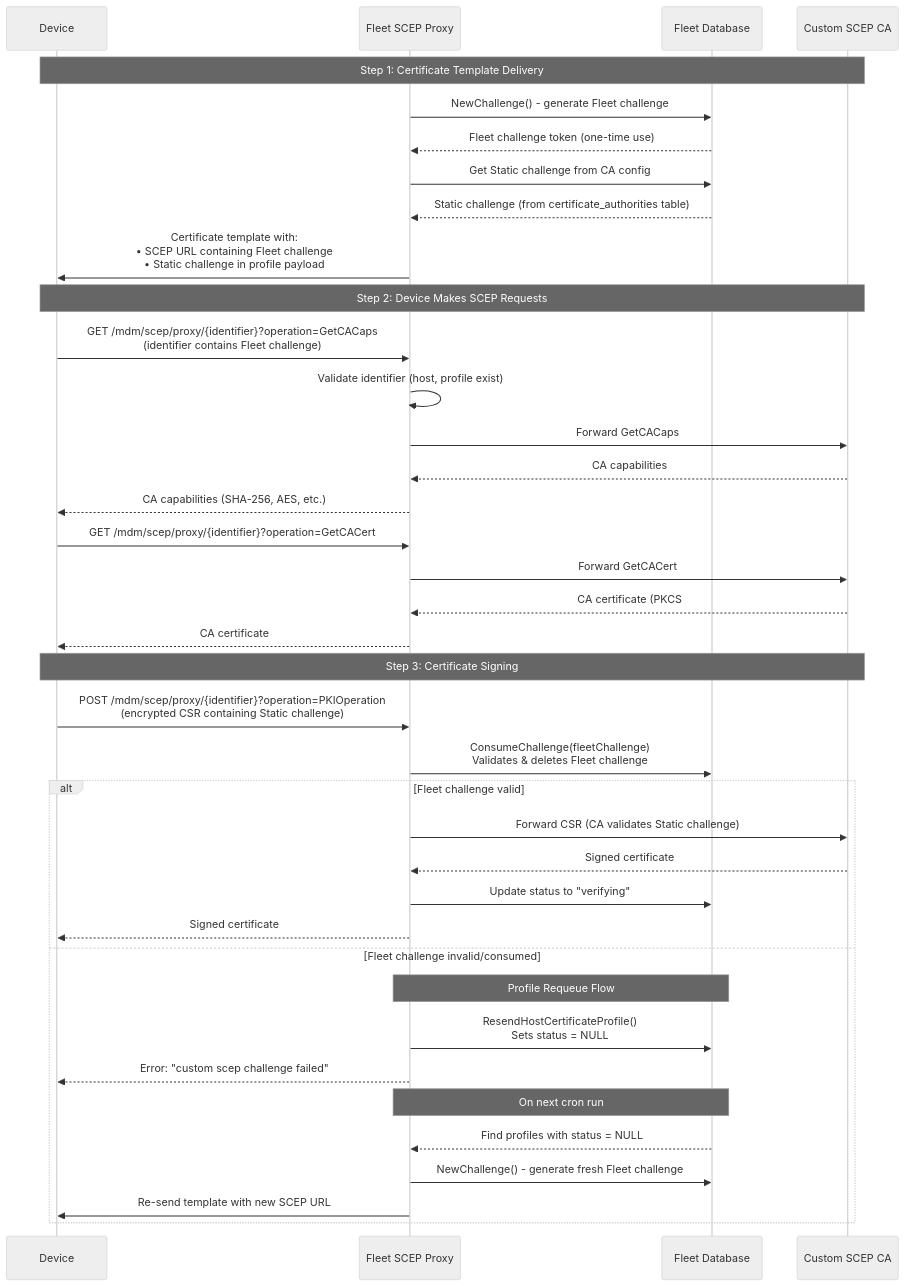
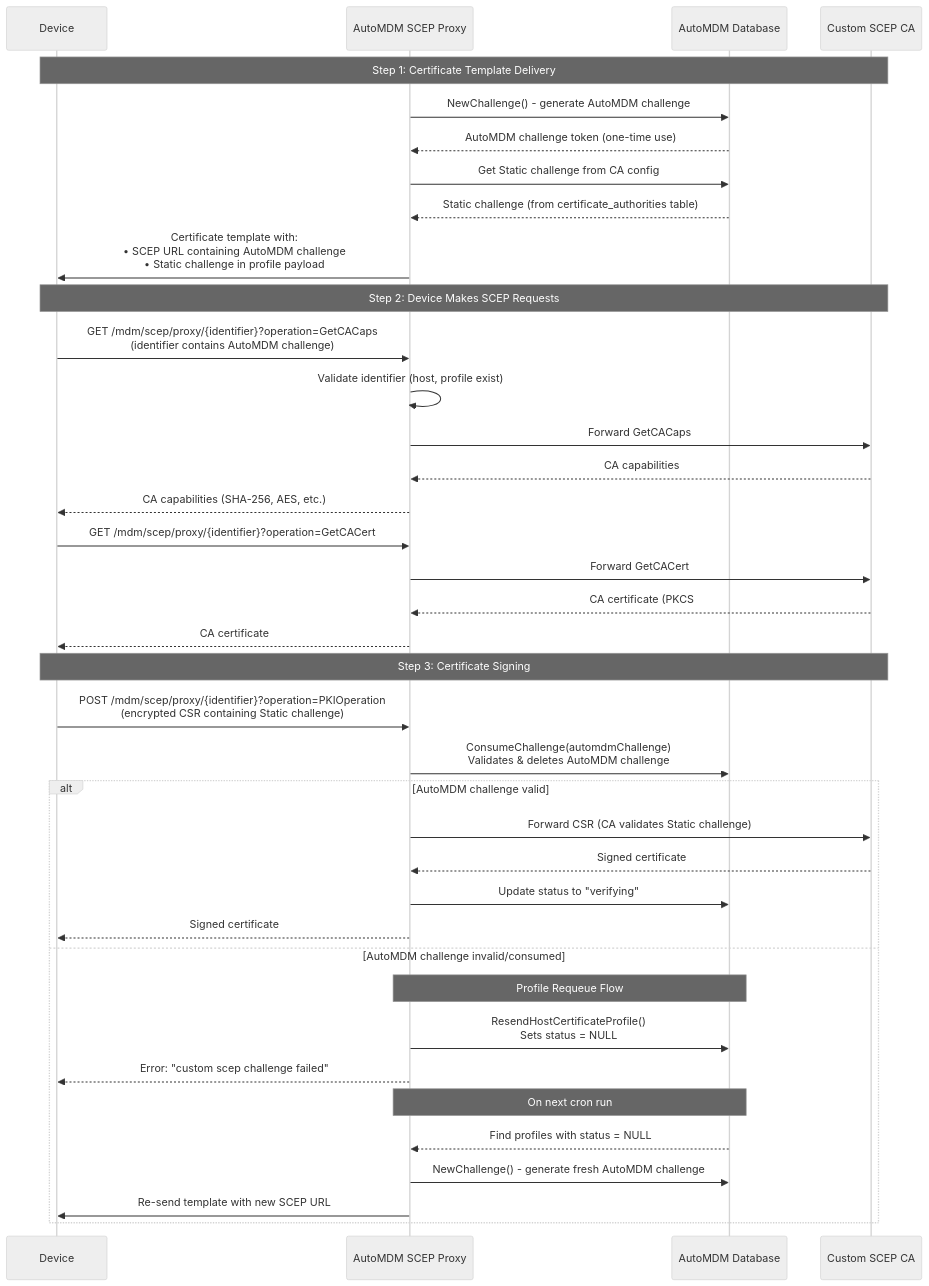
One commit to anilyagiz/AutoMDM changed the diagram in server/mdm/scep/SCEP.md. Above: the diagram before and after it, drawn with Mermaid (neutral theme). The commit also changed other lines of this file and 7979 other files, not shown here.

First line of the commit message:
Rebrand Fleet as AutoMDM (mechanical pass)

````diff
--- a/server/mdm/scep/SCEP.md
+++ b/server/mdm/scep/SCEP.md
@@ -41,44 +41,44 @@
 ```mermaid
 sequenceDiagram
     participant Device
-    participant Fleet as Fleet SCEP Proxy
-    participant DB as Fleet Database
+    participant AutoMDM as AutoMDM SCEP Proxy
+    participant DB as AutoMDM Database
     participant CA as Custom SCEP CA
 
     Note over Device,CA: Step 1: Certificate Template Delivery
-    Fleet->>DB: NewChallenge() - generate Fleet challenge
-    DB-->>Fleet: Fleet challenge token (one-time use)
-    Fleet->>DB: Get Static challenge from CA config
-    DB-->>Fleet: Static challenge (from certificate_authorities table)
-    Fleet->>Device: Certificate template with:<br/>• SCEP URL containing Fleet challenge<br/>• Static challenge in profile payload
+    AutoMDM->>DB: NewChallenge() - generate AutoMDM challenge
+    DB-->>AutoMDM: AutoMDM challenge token (one-time use)
+    AutoMDM->>DB: Get Static challenge from CA config
+    DB-->>AutoMDM: Static challenge (from certificate_authorities table)
+    AutoMDM->>Device: Certificate template with:<br/>• SCEP URL containing AutoMDM challenge<br/>• Static challenge in profile payload
 
     Note over Device,CA: Step 2: Device Makes SCEP Requests
-    Device->>Fleet: GET /mdm/scep/proxy/{identifier}?operation=GetCACaps<br/>(identifier contains Fleet challenge)
-    Fleet->>Fleet: Validate identifier (host, profile exist)
-    Fleet->>CA: Forward GetCACaps
-    CA-->>Fleet: CA capabilities
-    Fleet-->>Device: CA capabilities (SHA-256, AES, etc.)
+    Device->>AutoMDM: GET /mdm/scep/proxy/{identifier}?operation=GetCACaps<br/>(identifier contains AutoMDM challenge)
+    AutoMDM->>AutoMDM: Validate identifier (host, profile exist)
+    AutoMDM->>CA: Forward GetCACaps
+    CA-->>AutoMDM: CA capabilities
+    AutoMDM-->>Device: CA capabilities (SHA-256, AES, etc.)
 
-    Device->>Fleet: GET /mdm/scep/proxy/{identifier}?operation=GetCACert
-    Fleet->>CA: Forward GetCACert
-    CA-->>Fleet: CA certificate (PKCS#7)
-    Fleet-->>Device: CA certificate
+    Device->>AutoMDM: GET /mdm/scep/proxy/{identifier}?operation=GetCACert
+    AutoMDM->>CA: Forward GetCACert
+    CA-->>AutoMDM: CA certificate (PKCS#7)
+    AutoMDM-->>Device: CA certificate
 
     Note over Device,CA: Step 3: Certificate Signing
-    Device->>Fleet: POST /mdm/scep/proxy/{identifier}?operation=PKIOperation<br/>(encrypted CSR containing Static challenge)
-    Fleet->>DB: ConsumeChallenge(fleetChallenge)<br/>Validates & deletes Fleet challenge
-    alt Fleet challenge valid
-        Fleet->>CA: Forward CSR (CA validates Static challenge)
-        CA-->>Fleet: Signed certificate
-        Fleet->>DB: Update status to "verifying"
-        Fleet-->>Device: Signed certificate
-    else Fleet challenge invalid/consumed
-        Note over Fleet,DB: Profile Requeue Flow
-        Fleet->>DB: ResendHostCertificateProfile()<br/>Sets status = NULL
-        Fleet-->>Device: Error: "custom scep challenge failed"
-        Note over Fleet,DB: On next cron run
-        DB-->>Fleet: Find profiles with status = NULL
-        Fleet->>DB: NewChallenge() - generate fresh Fleet challenge
-        Fleet->>Device: Re-send template with new SCEP URL
+    Device->>AutoMDM: POST /mdm/scep/proxy/{identifier}?operation=PKIOperation<br/>(encrypted CSR containing Static challenge)
+    AutoMDM->>DB: ConsumeChallenge(automdmChallenge)<br/>Validates & deletes AutoMDM challenge
+    alt AutoMDM challenge valid
+        AutoMDM->>CA: Forward CSR (CA validates Static challenge)
+        CA-->>AutoMDM: Signed certificate
+        AutoMDM->>DB: Update status to "verifying"
+        AutoMDM-->>Device: Signed certificate
+    else AutoMDM challenge invalid/consumed
+        Note over AutoMDM,DB: Profile Requeue Flow
+        AutoMDM->>DB: ResendHostCertificateProfile()<br/>Sets status = NULL
+        AutoMDM-->>Device: Error: "custom scep challenge failed"
+        Note over AutoMDM,DB: On next cron run
+        DB-->>AutoMDM: Find profiles with status = NULL
+        AutoMDM->>DB: NewChallenge() - generate fresh AutoMDM challenge
+        AutoMDM->>Device: Re-send template with new SCEP URL
     end
 ```
````
